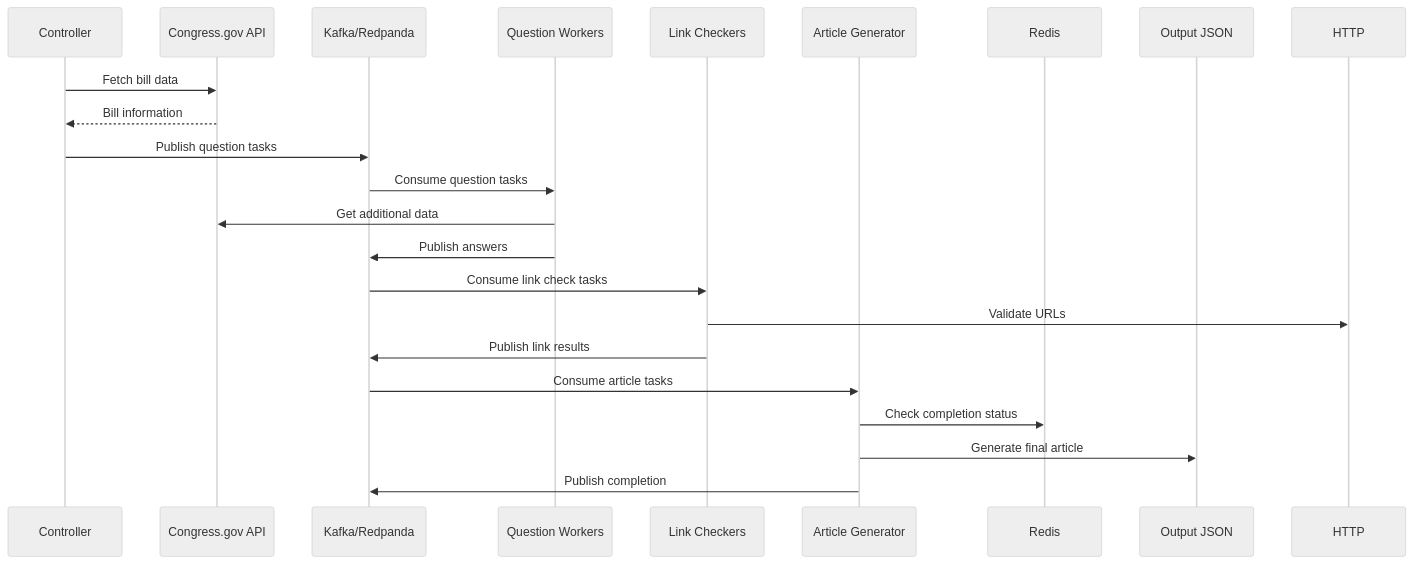
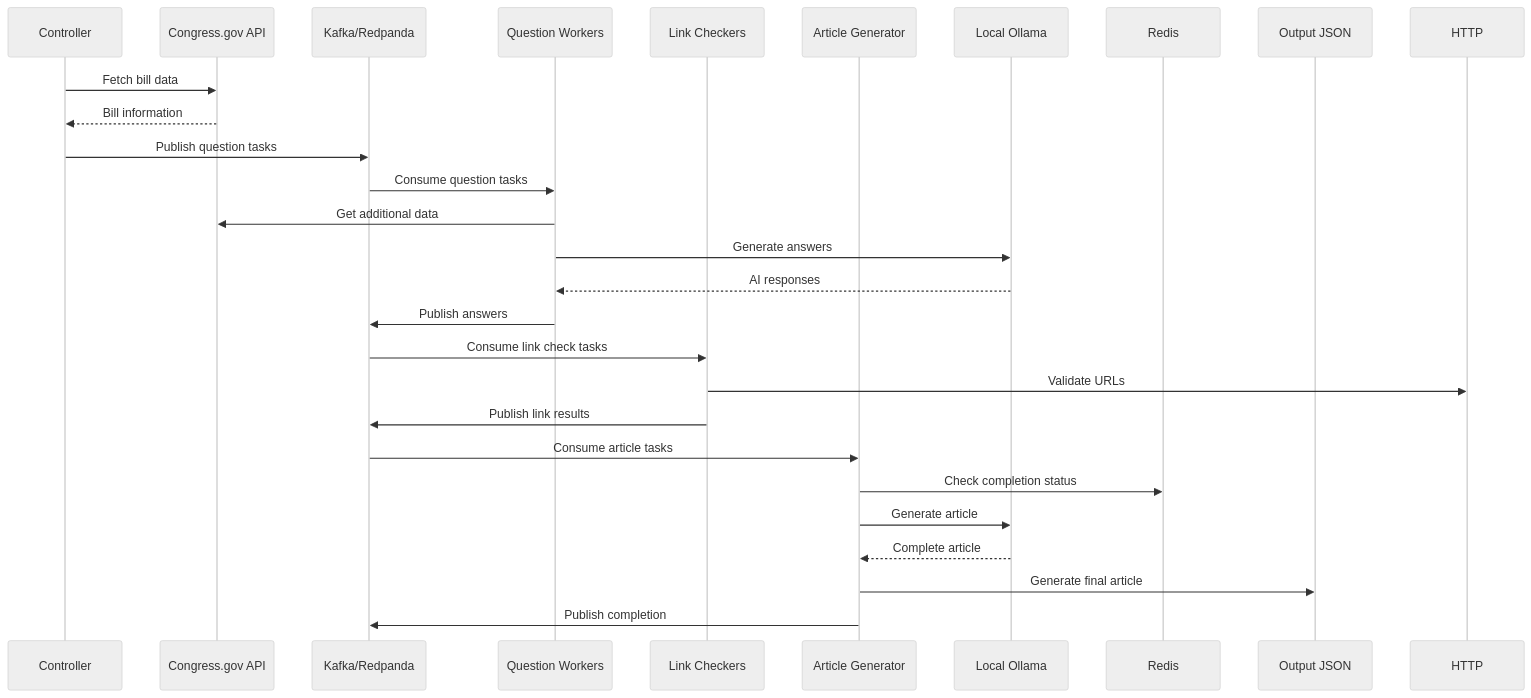
One commit to ronak4/Ronak-Raisingani-RAG changed the third of 7 diagrams in Documentation/architecture.md. Above: the diagram before and after it, drawn with Mermaid (neutral theme). The commit also changed other lines of this file and 4 other files, not shown here.

````diff
--- a/Documentation/architecture.md
+++ b/Documentation/architecture.md
@@ -89,25 +88,30 @@
 ```mermaid
 sequenceDiagram
     participant C as Controller
     participant API as Congress.gov API
     participant K as Kafka/Redpanda
     participant QW as Question Workers
     participant LC as Link Checkers
     participant AG as Article Generator
+    participant OLLAMA as Local Ollama
     participant R as Redis
     participant O as Output JSON
     
     C->>API: Fetch bill data
     API-->>C: Bill information
     C->>K: Publish question tasks
     K->>QW: Consume question tasks
     QW->>API: Get additional data
+    QW->>OLLAMA: Generate answers
+    OLLAMA-->>QW: AI responses
     QW->>K: Publish answers
     K->>LC: Consume link check tasks
     LC->>HTTP: Validate URLs
     LC->>K: Publish link results
     K->>AG: Consume article tasks
     AG->>R: Check completion status
+    AG->>OLLAMA: Generate article
+    OLLAMA-->>AG: Complete article
     AG->>O: Generate final article
     AG->>K: Publish completion
 ```
````
